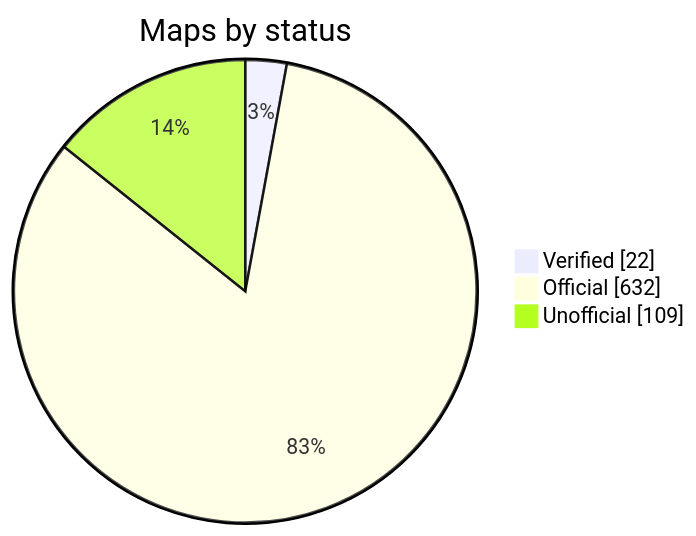
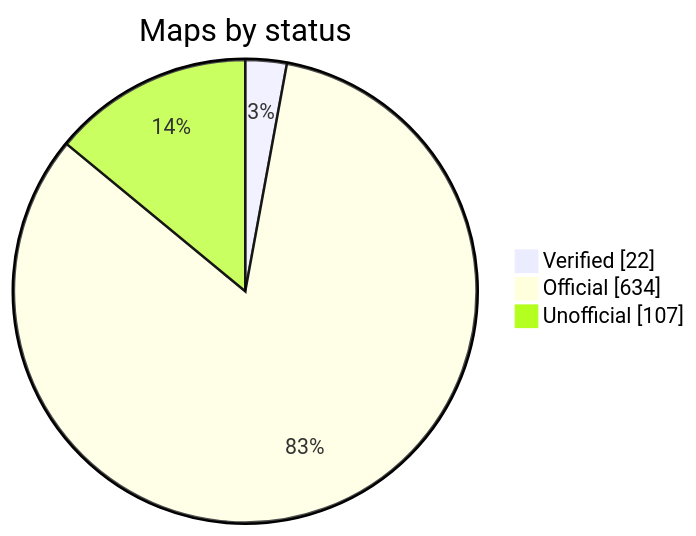
The diagram in README.md (nobrega8/mbmap-library), drawn with Mermaid before and after one commit. The commit also changed 7 other files, not shown here.

````diff
--- a/README.md
+++ b/README.md
@@ -52,7 +52,7 @@
 ```mermaid
 pie showData
     title Maps by status
     "Verified" : 22
-    "Official" : 632
-    "Unofficial" : 109
+    "Official" : 634
+    "Unofficial" : 107
 ```
````
